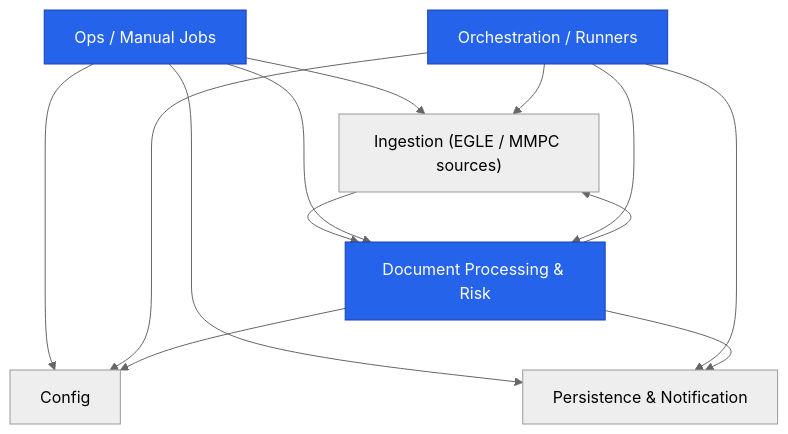
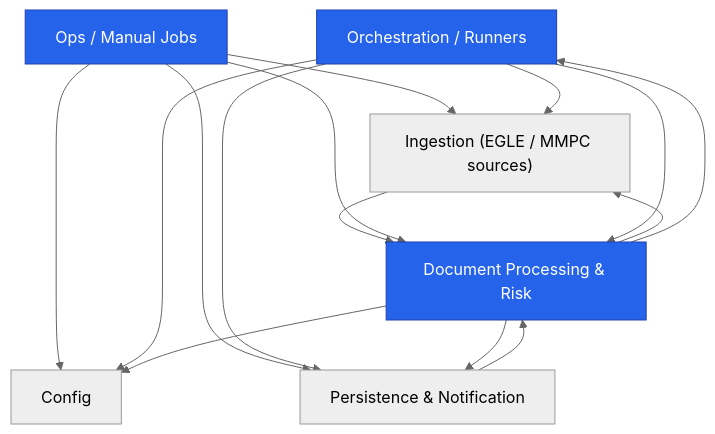
Before and after one commit to tkunst/arbor-hills-monitor: the diagram in docs/topology/call-graph.mmd, drawn with Mermaid (neutral theme). The commit also changed 5 other files, not shown here.

```diff
--- a/docs/topology/call-graph.mmd
+++ b/docs/topology/call-graph.mmd
@@ -1,24 +1,26 @@
 graph TD
   %% domain-level call graph — arbor-hills-monitor
   %% entry-point domains (scheduled/manual runners) highlighted
   dom_orchestration["Orchestration / Runners"]
   dom_ingestion["Ingestion (EGLE / MMPC sources)"]
   dom_processing["Document Processing & Risk"]
   dom_persistence["Persistence & Notification"]
   dom_config["Config"]
   dom_ops["Ops / Manual Jobs"]
   dom_ingestion --> dom_processing
   dom_ops --> dom_config
   dom_ops --> dom_ingestion
   dom_ops --> dom_persistence
   dom_ops --> dom_processing
   dom_orchestration --> dom_config
   dom_orchestration --> dom_ingestion
   dom_orchestration --> dom_persistence
   dom_orchestration --> dom_processing
+  dom_persistence --> dom_processing
   dom_processing --> dom_config
   dom_processing --> dom_ingestion
+  dom_processing --> dom_orchestration
   dom_processing --> dom_persistence
+  style dom_processing fill:#2563eb,color:#fff,stroke:#1e40af
+  style dom_ops fill:#2563eb,color:#fff,stroke:#1e40af
   style dom_orchestration fill:#2563eb,color:#fff,stroke:#1e40af
-  style dom_ops fill:#2563eb,color:#fff,stroke:#1e40af
-  style dom_processing fill:#2563eb,color:#fff,stroke:#1e40af
```
